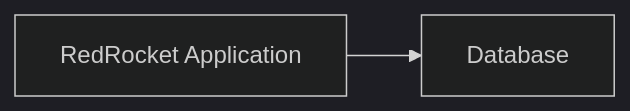
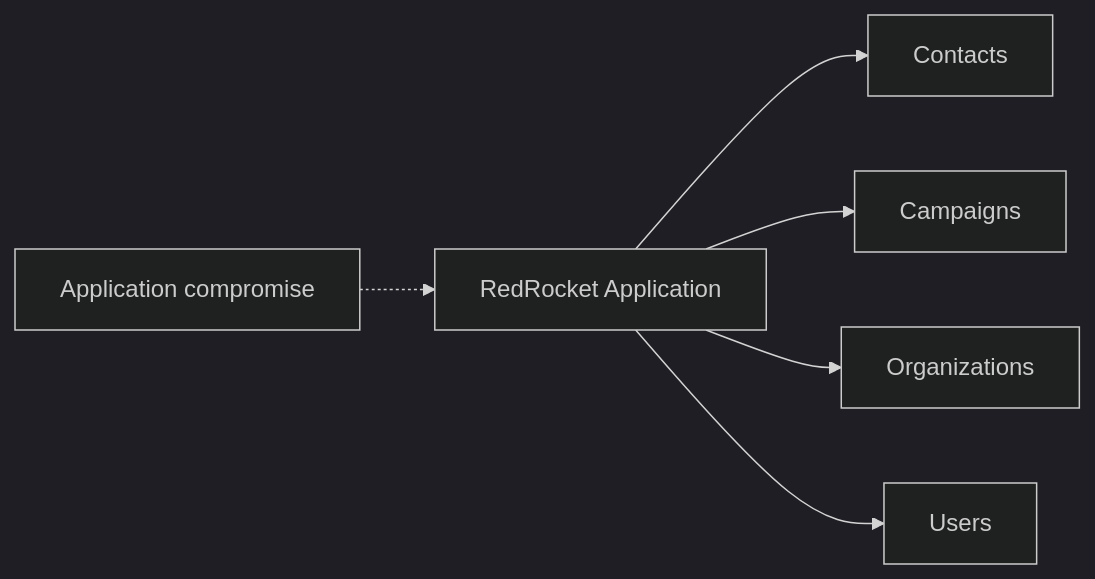
One commit to lxrider/saas-security-lab changed the sixth of 7 diagrams in docs/architecture-foundations.md. Above: the diagram before and after it, drawn with Mermaid (dark theme). The commit also changed other lines of this file, not shown here.

First line of the commit message:
Add visual flows for security concerns

````diff
--- a/docs/architecture-foundations.md
+++ b/docs/architecture-foundations.md
@@ -129,4 +137,9 @@
 ```mermaid
 flowchart LR
-    A["RedRocket Application"] --> D["Database"]
+    X["Application compromise"] -.-> A["RedRocket Application"]
+
+    A --> C["Contacts"]
+    A --> P["Campaigns"]
+    A --> O["Organizations"]
+    A --> U["Users"]
 ```
````
